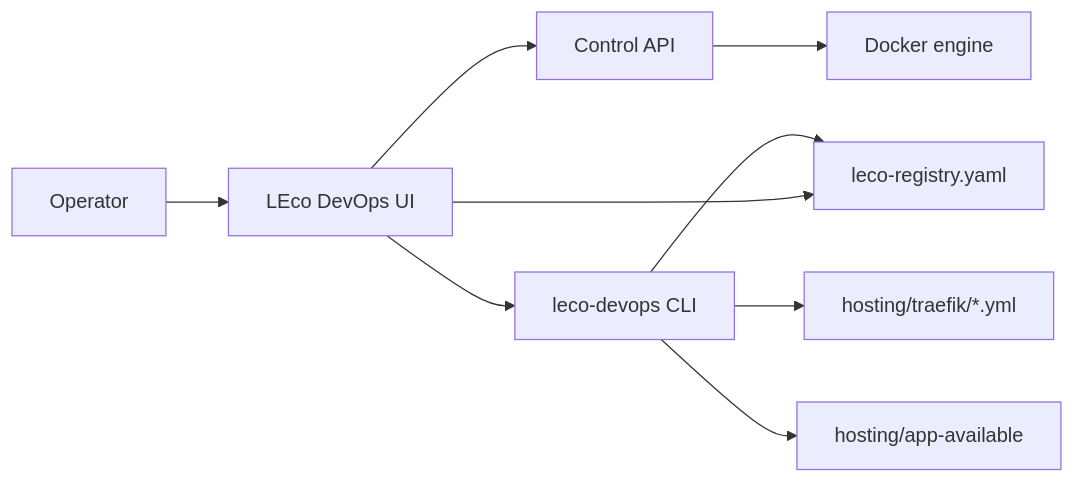
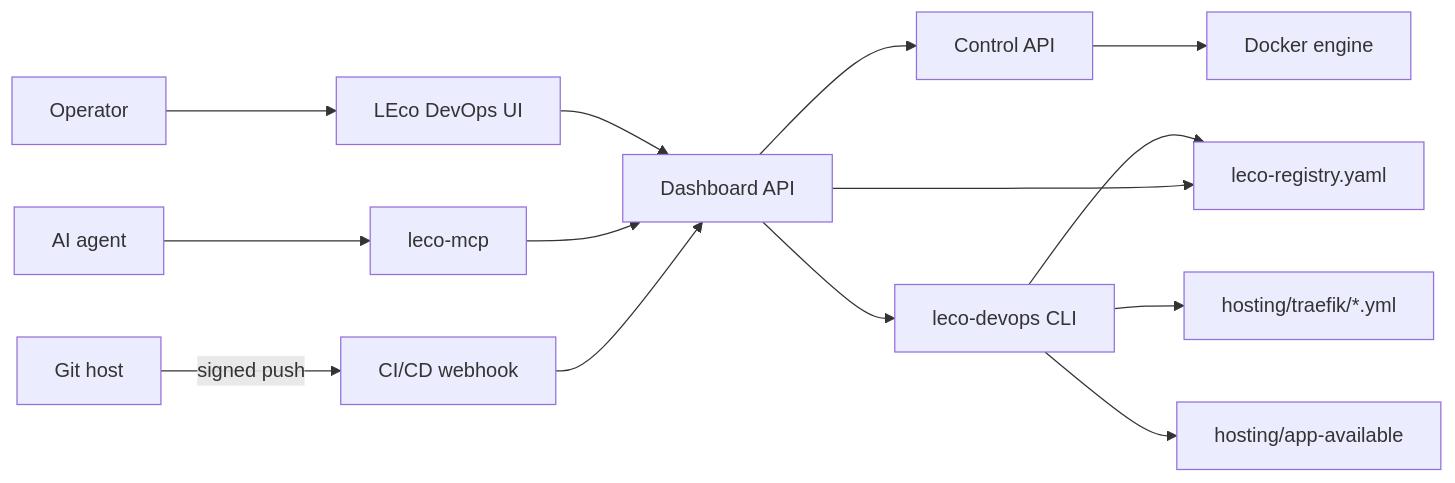
The first of 3 diagrams in docs/HLD.md (leco-devops/local-ecosystem), drawn with Mermaid before and after one commit. The commit also changed other lines of this file and 148 other files, not shown here.

First line of the commit message:
feat: MCP server, CI/CD, Git onboarding, and real-domain support

````diff
--- a/docs/HLD.md
+++ b/docs/HLD.md
@@ -28,20 +35,31 @@
 ```mermaid
 flowchart LR
   User["Operator"]
+  AgentC["AI agent"]
+  GitHost["Git host"]
+
   Ui["LEco DevOps UI"]
+  Mcp["leco-mcp"]
+  Hook["CI/CD webhook"]
+  Api["Dashboard API"]
   Control["Control API"]
   Cli["leco-devops CLI"]
   Registry["leco-registry.yaml"]
   Traefik["hosting/traefik/*.yml"]
   Docker["Docker engine"]
   Hosted["hosting/app-available"]
 
   User --> Ui
-  Ui --> Control
+  AgentC --> Mcp
+  GitHost -->|signed push| Hook
+  Ui --> Api
+  Mcp --> Api
+  Hook --> Api
+  Api --> Control
   Control --> Docker
-  Ui --> Cli
+  Api --> Cli
   Cli --> Registry
   Cli --> Traefik
   Cli --> Hosted
-  Ui --> Registry
+  Api --> Registry
 ```
````
